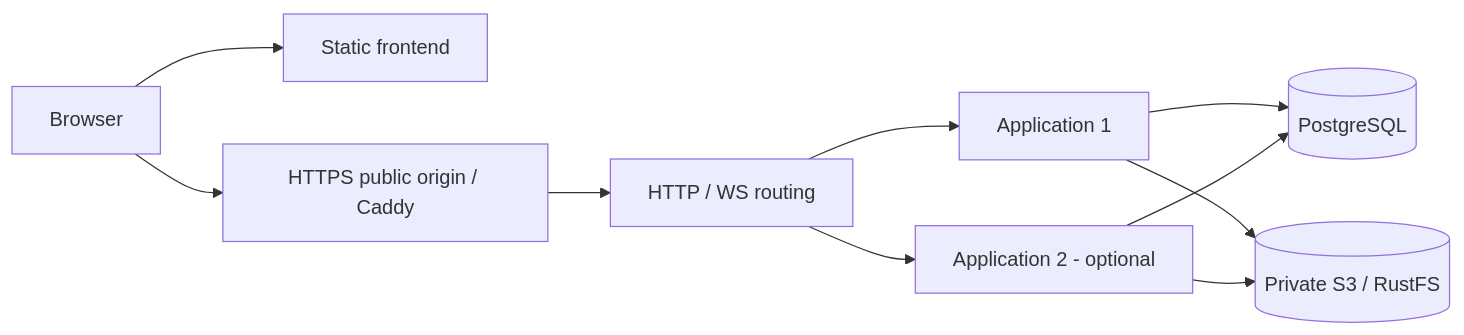
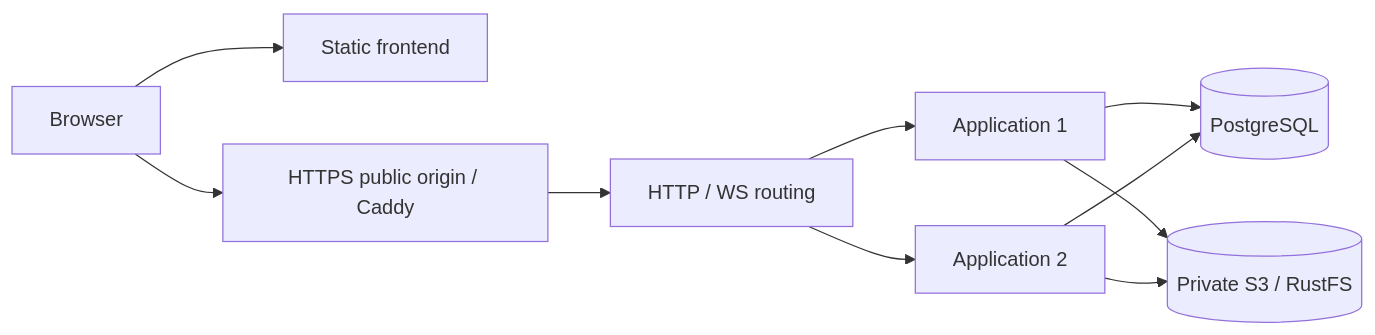
One commit to titanxxh/open-agricola changed the diagram in docs/HOW_TO_DEPLOY.md. Above: the diagram before and after it, drawn with Mermaid. The commit also changed other lines of this file and 6 other files, not shown here.

````diff
--- a/docs/HOW_TO_DEPLOY.md
+++ b/docs/HOW_TO_DEPLOY.md
@@ -9,12 +9,12 @@
 ```mermaid
 flowchart LR
   Browser --> Pages[Static frontend]
   Browser --> Ingress[HTTPS public origin / Caddy]
   Ingress --> Router[HTTP / WS routing]
   Router --> A[Application 1]
-  Router --> B[Application 2 - optional]
+  Router --> B[Application 2]
   A --> PG[(PostgreSQL)]
   B --> PG
   A --> S3[(Private S3 / RustFS)]
   B --> S3
 ```
````
